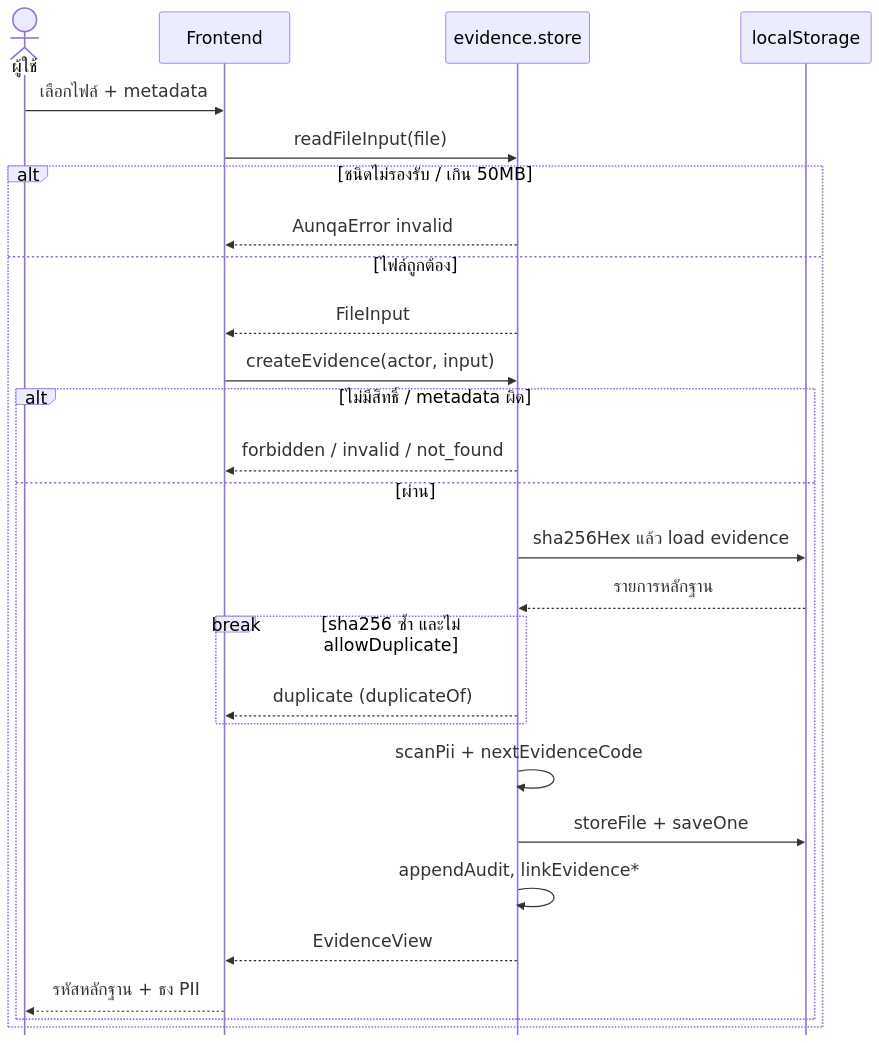
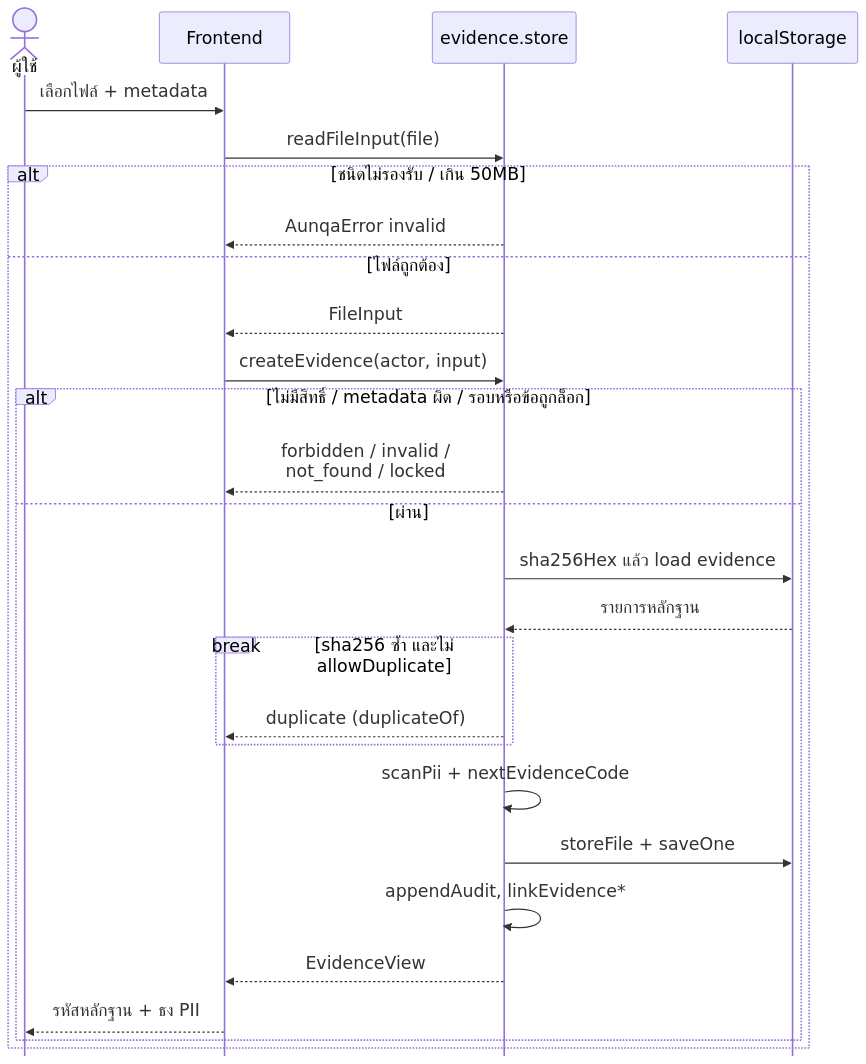
Before and after one commit to sunthanathza5566/project-mockup: the diagram in docs/diagrams/seq-evidence-upload.mmd, drawn with Mermaid. The commit also changed 15 other files, not shown here.

Commit message:
docs(TASK-0002): UML set updated for redesign, onboarding, notification deep links

```diff
--- a/docs/diagrams/seq-evidence-upload.mmd
+++ b/docs/diagrams/seq-evidence-upload.mmd
@@ -1,29 +1,29 @@
-%% source: eduflow-next/lib/api/evidence.store.ts:33-45 (validateFileMeta, readFileInput), 103-108 (piiOf), 127-147 (storeFile), 149-189 (createEvidence), 249-280 (linkEvidence); lib/utils/pii.ts:57-95 (normalizeForPii, scanPii) | task: TASK-0001 | updated: 2026-10-22
+%% source: eduflow-next/lib/api/evidence.store.ts:33-45 (validateFileMeta, readFileInput), 103-108 (piiOf), 127-147 (storeFile), 149-189 (createEvidence; 158-163 R2-B4 assertCycleWritable + assertSectionsEditable ก่อนสร้าง), 249-280 (linkEvidence); lib/utils/pii.ts:57-95 (normalizeForPii, scanPii) | task: TASK-0002 | updated: 2026-10-27
 %%{init: {"fontSize": 22, "sequence": {"mirrorActors": false, "actorMargin": 20, "width": 165}}}%%
 sequenceDiagram
   actor U as ผู้ใช้
   participant UI as Frontend
   participant E as evidence.store
   participant D as localStorage
   U->>UI: เลือกไฟล์ + metadata
   UI->>E: readFileInput(file)
   alt ชนิดไม่รองรับ / เกิน 50MB
     E-->>UI: AunqaError invalid
   else ไฟล์ถูกต้อง
     E-->>UI: FileInput
     UI->>E: createEvidence(actor, input)
-    alt ไม่มีสิทธิ์ / metadata ผิด
-      E-->>UI: forbidden / invalid / not_found
+    alt ไม่มีสิทธิ์ / metadata ผิด / รอบหรือข้อถูกล็อก
+      E-->>UI: forbidden / invalid /<br/>not_found / locked
     else ผ่าน
       E->>D: sha256Hex แล้ว load evidence
       D-->>E: รายการหลักฐาน
       break sha256 ซ้ำ และไม่ allowDuplicate
         E-->>UI: duplicate (duplicateOf)
       end
       E->>E: scanPii + nextEvidenceCode
       E->>D: storeFile + saveOne
       E->>E: appendAudit, linkEvidence*
       E-->>UI: EvidenceView
       UI-->>U: รหัสหลักฐาน + ธง PII
     end
   end
```
